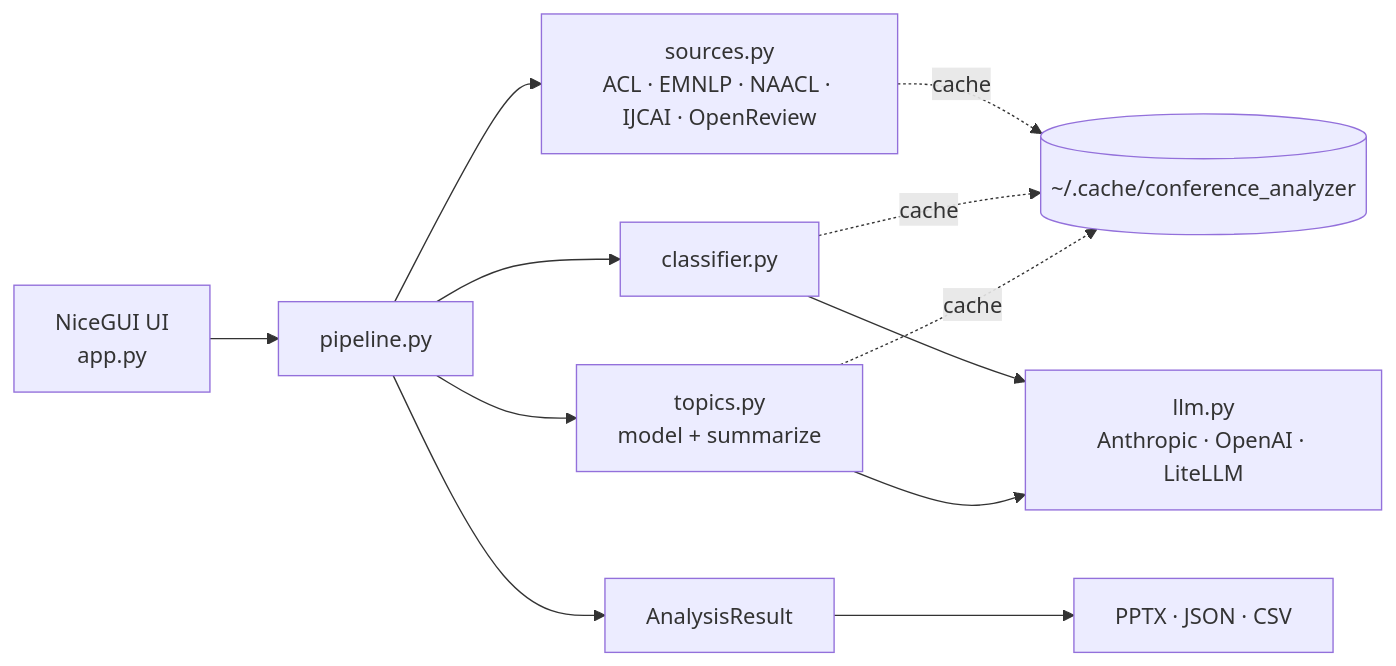
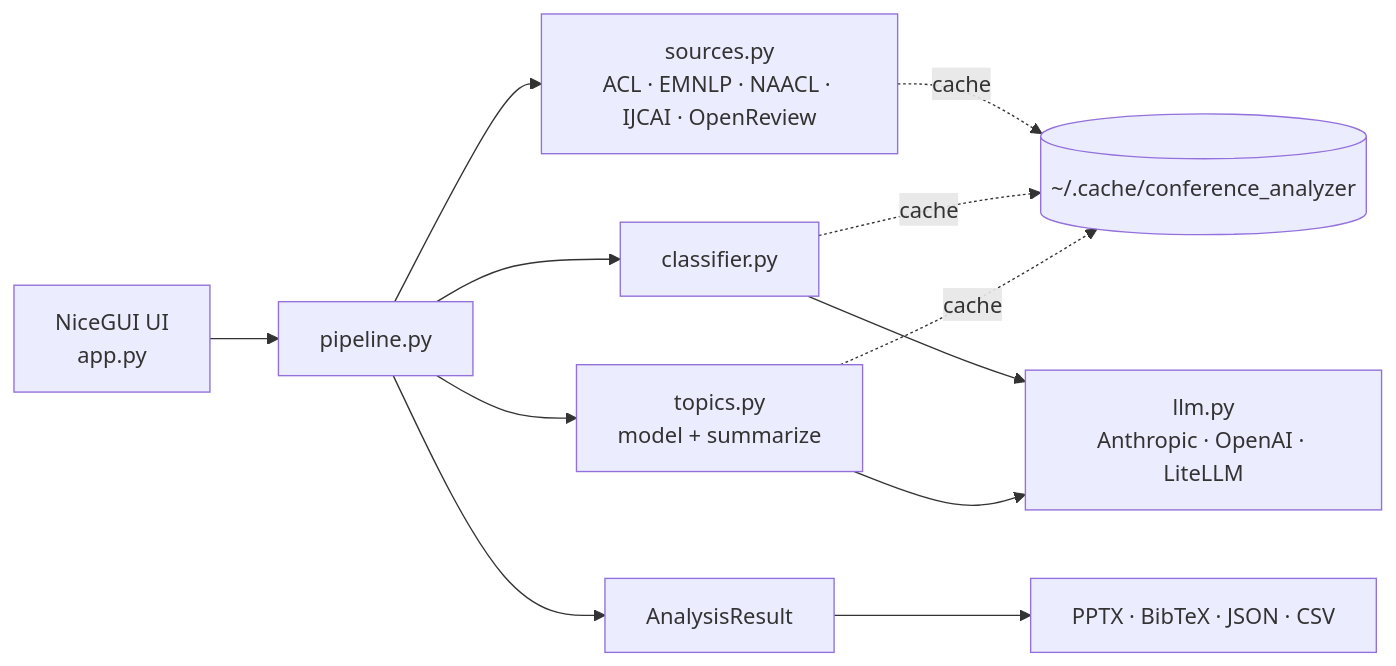
Before and after one commit to picaultj/conflens: the diagram in README.md, drawn with Mermaid. The commit also changed other lines of this file and 2 other files, not shown here.

First line of the commit message:
Docs: refresh README, ARCHITECTURE, and AGENTS for current features

````diff
--- a/README.md
+++ b/README.md
@@ -105,13 +113,13 @@
 ```mermaid
 flowchart LR
     UI["NiceGUI UI<br/>app.py"] --> PIPE["pipeline.py"]
     PIPE --> SRC["sources.py<br/>ACL · EMNLP · NAACL · IJCAI · OpenReview"]
     PIPE --> CLS["classifier.py"]
     PIPE --> TOP["topics.py<br/>model + summarize"]
     CLS --> LLM["llm.py<br/>Anthropic · OpenAI · LiteLLM"]
     TOP --> LLM
-    PIPE --> RES["AnalysisResult"] --> EXP["PPTX · JSON · CSV"]
+    PIPE --> RES["AnalysisResult"] --> EXP["PPTX · BibTeX · JSON · CSV"]
     SRC -. cache .-> CACHE[("~/.cache/conference_analyzer")]
     CLS -. cache .-> CACHE
     TOP -. cache .-> CACHE
 ```
````
